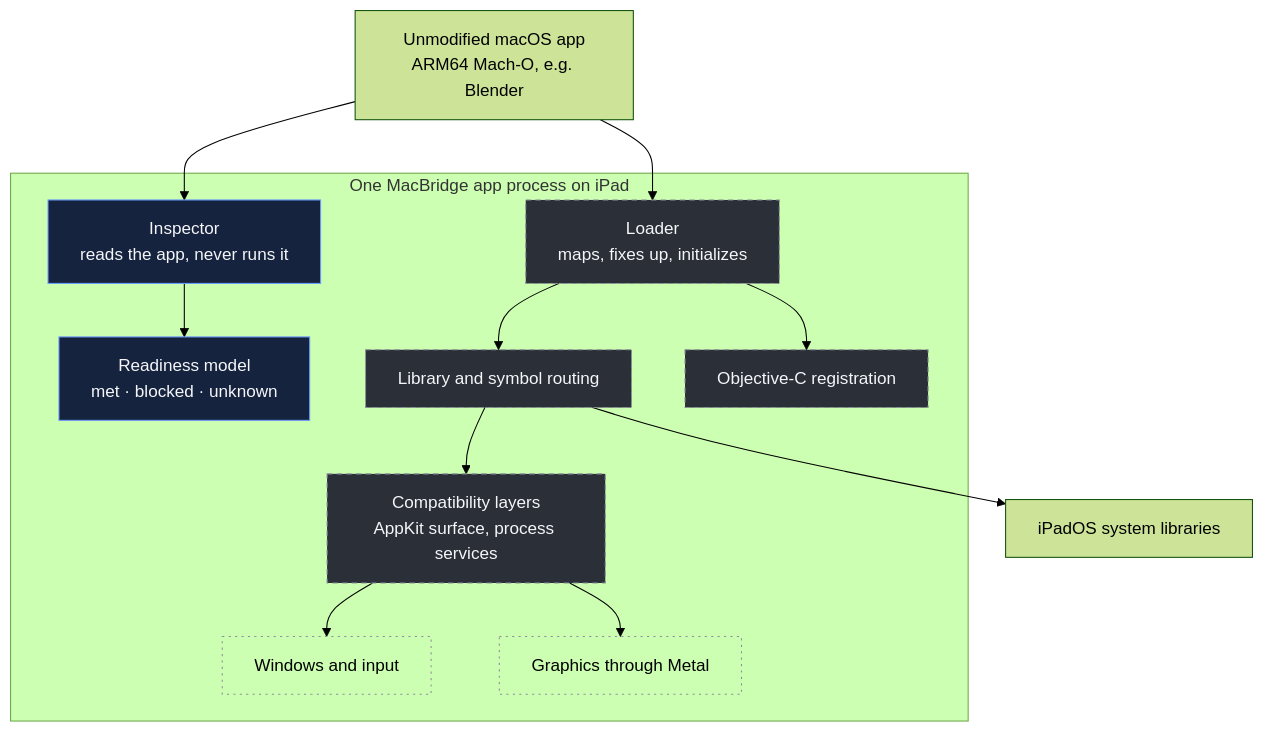
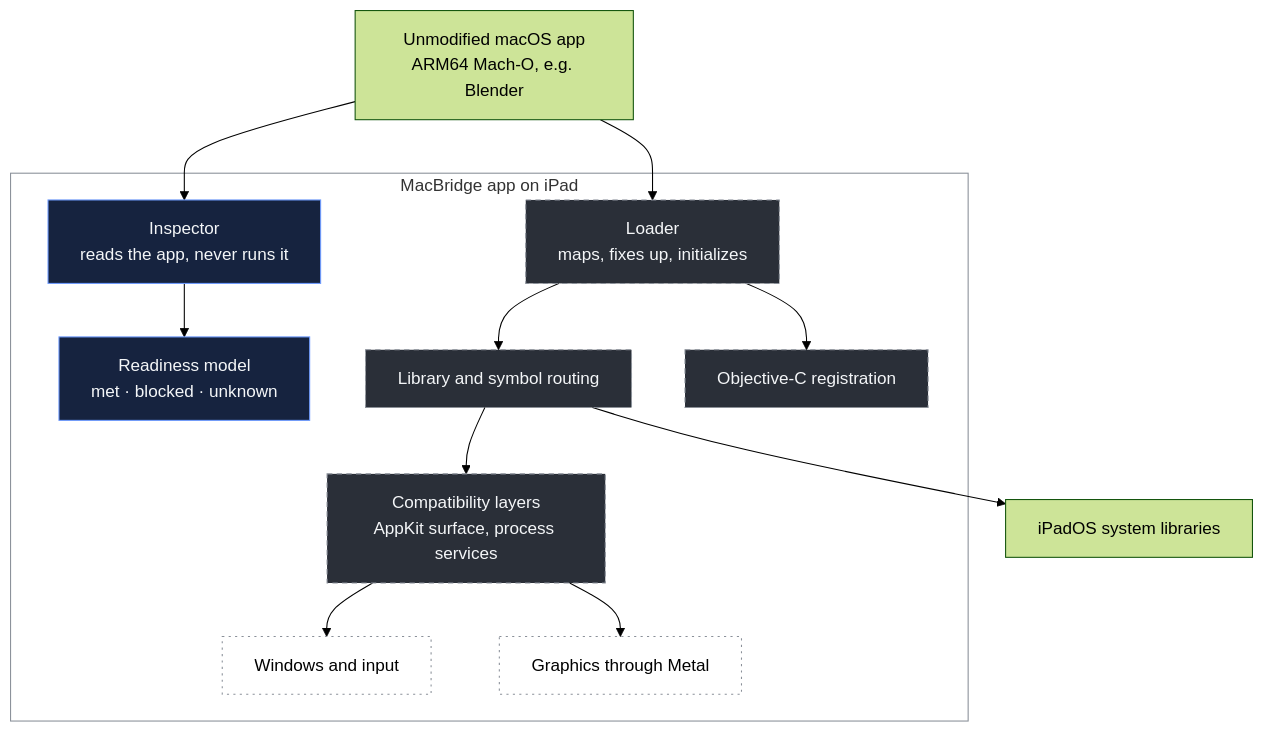
Before and after one commit to NORD-LABS/MacBridge-Project: the diagram in README.md, drawn with Mermaid (forest theme). The commit also changed other lines of this file and 6 other files, not shown here.

First line of the commit message:
docs: dependency-aware roadmap, environment-based status, refined README

````diff
--- a/README.md
+++ b/README.md
@@ -160,30 +141,31 @@
 ```mermaid
 flowchart TB
     app["Unmodified macOS app<br/>ARM64 Mach-O, e.g. Blender"]
-    subgraph ipad["One MacBridge app process on iPad"]
+    subgraph ipad["MacBridge app on iPad"]
         inspect["Inspector<br/>reads the app, never runs it"]
         preflight["Readiness model<br/>met · blocked · unknown"]
         loader["Loader<br/>maps, fixes up, initializes"]
         routing["Library and symbol routing"]
         objc["Objective-C registration"]
         shims["Compatibility layers<br/>AppKit surface, process services"]
         window["Windows and input"]
         metal["Graphics through Metal"]
     end
     ios["iPadOS system libraries"]
 
     app --> inspect --> preflight
     app --> loader --> routing
     loader --> objc
     routing --> ios
     routing --> shims
     shims --> window
     shims --> metal
 
     classDef built fill:#16233f,stroke:#6e9bff,color:#f4f6f8
     classDef research fill:#2a2f38,stroke:#8a9099,color:#f4f6f8,stroke-dasharray:5 4
     classDef planned fill:transparent,stroke:#8a9099,stroke-dasharray:2 4
     class inspect,preflight built
     class loader,routing,objc,shims research
     class window,metal planned
+    style ipad fill:transparent,stroke:#8a9099
 ```
````
